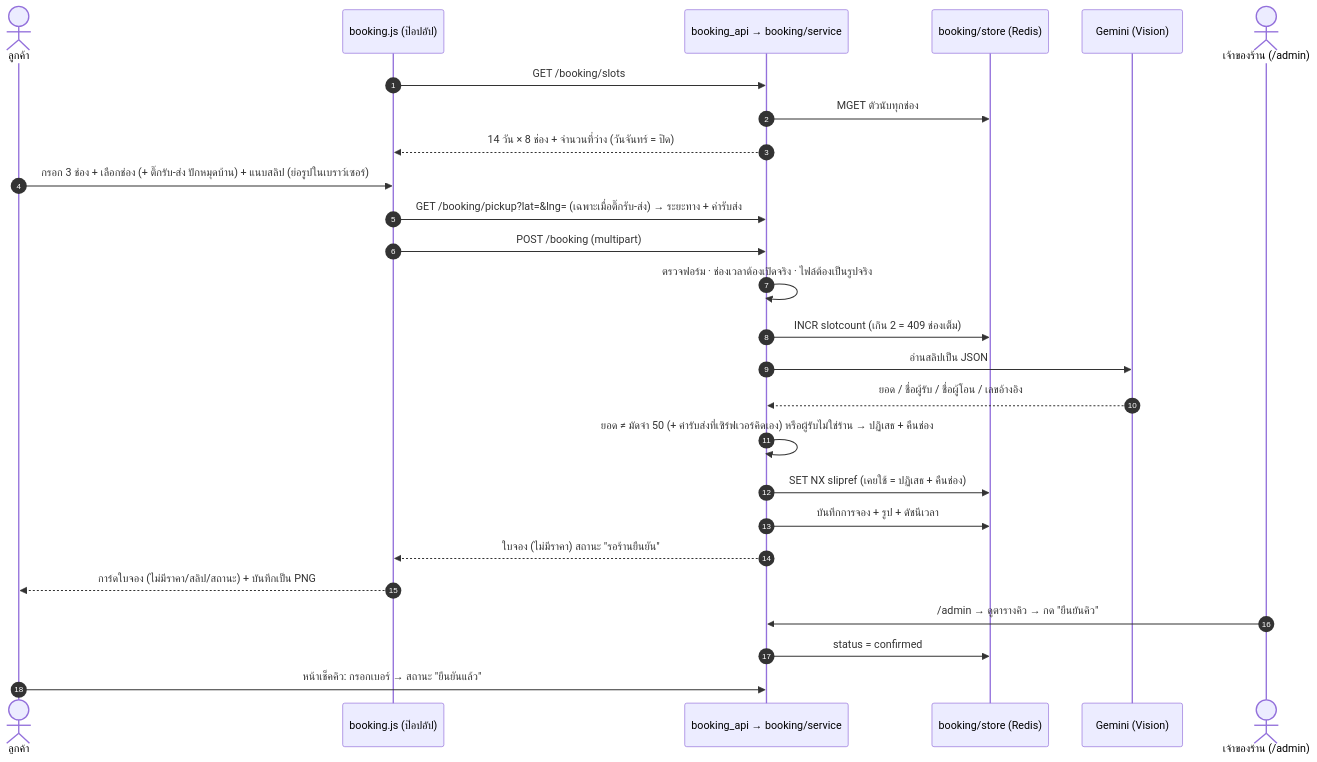
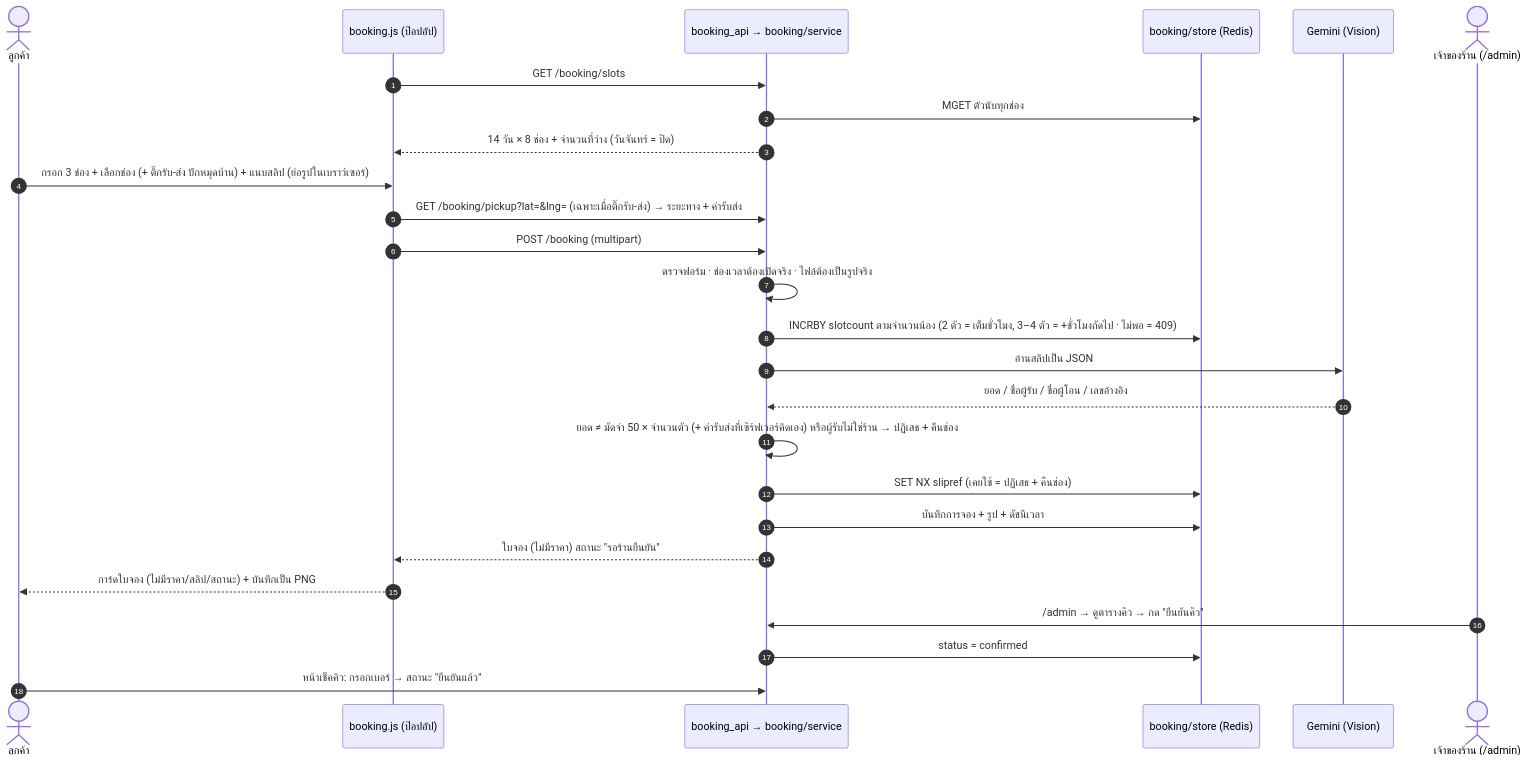
The fourth of 5 diagrams in docs/system-architecture.md (Myname30275/Project-chatbot), drawn with Mermaid before and after one commit. The commit also changed other lines of this file and 6 other files, not shown here.

Commit message:
Add presentation-ready architecture slides (3 x 16:9 + PNG) and sync architecture docs with current system

````diff
--- a/docs/system-architecture.md
+++ b/docs/system-architecture.md
@@ -246,29 +247,29 @@
 ```mermaid
 sequenceDiagram
     autonumber
     actor C as ลูกค้า
     participant UI as booking.js (ป๊อปอัป)
     participant API as booking_api → booking/service
     participant ST as booking/store (Redis)
     participant GM as Gemini (Vision)
     actor O as เจ้าของร้าน (/admin)
 
     UI->>API: GET /booking/slots
     API->>ST: MGET ตัวนับทุกช่อง
     API-->>UI: 14 วัน × 8 ช่อง + จำนวนที่ว่าง (วันจันทร์ = ปิด)
     C->>UI: กรอก 3 ช่อง + เลือกช่อง (+ ติ๊กรับ-ส่ง ปักหมุดบ้าน) + แนบสลิป (ย่อรูปในเบราว์เซอร์)
     UI->>API: GET /booking/pickup?lat=&lng= (เฉพาะเมื่อติ๊กรับ-ส่ง) → ระยะทาง + ค่ารับส่ง
     UI->>API: POST /booking (multipart)
     API->>API: ตรวจฟอร์ม · ช่องเวลาต้องเปิดจริง · ไฟล์ต้องเป็นรูปจริง
-    API->>ST: INCR slotcount (เกิน 2 = 409 ช่องเต็ม)
+    API->>ST: INCRBY slotcount ตามจำนวนน้อง (2 ตัว = เต็มชั่วโมง, 3–4 ตัว = +ชั่วโมงถัดไป · ไม่พอ = 409)
     API->>GM: อ่านสลิปเป็น JSON
     GM-->>API: ยอด / ชื่อผู้รับ / ชื่อผู้โอน / เลขอ้างอิง
-    API->>API: ยอด ≠ มัดจำ 50 (+ ค่ารับส่งที่เซิร์ฟเวอร์คิดเอง) หรือผู้รับไม่ใช่ร้าน → ปฏิเสธ + คืนช่อง
+    API->>API: ยอด ≠ มัดจำ 50 × จำนวนตัว (+ ค่ารับส่งที่เซิร์ฟเวอร์คิดเอง) หรือผู้รับไม่ใช่ร้าน → ปฏิเสธ + คืนช่อง
     API->>ST: SET NX slipref (เคยใช้ = ปฏิเสธ + คืนช่อง)
     API->>ST: บันทึกการจอง + รูป + ดัชนีเวลา
     API-->>UI: ใบจอง (ไม่มีราคา) สถานะ "รอร้านยืนยัน"
     UI-->>C: การ์ดใบจอง (ไม่มีราคา/สลิป/สถานะ) + บันทึกเป็น PNG
     O->>API: /admin → ดูตารางคิว → กด "ยืนยันคิว"
     API->>ST: status = confirmed
     C->>API: หน้าเช็คคิว: กรอกเบอร์ → สถานะ "ยืนยันแล้ว"
 ```
````
